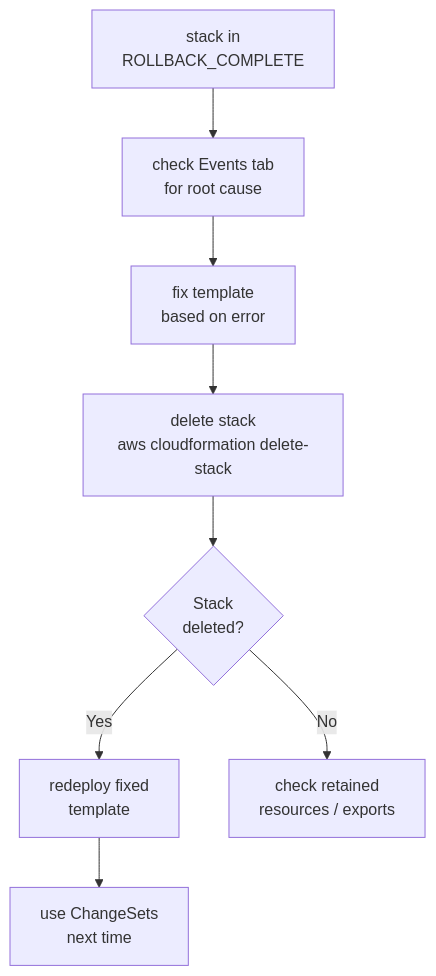
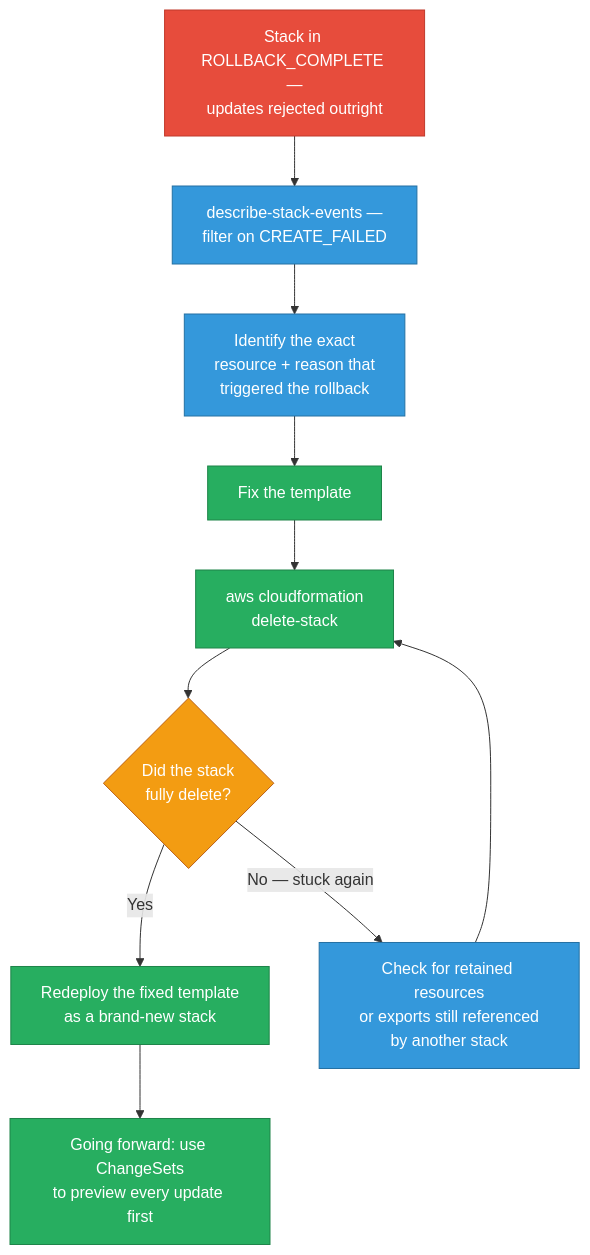
Before and after one commit to deepanshu-rawat6/DevOpsIndex: the eighth of 8 diagrams in sre/iac-scenarios.md, drawn with Mermaid. The commit also changed other lines of this file and 10 other files, not shown here.

````diff
--- a/sre/iac-scenarios.md
+++ b/sre/iac-scenarios.md
@@ -296,10 +518,19 @@
 ```mermaid
 flowchart TD
-    A[stack in<br/>ROLLBACK_COMPLETE] --> B[check Events tab<br/>for root cause]
-    B --> C[fix template<br/>based on error]
-    C --> D[delete stack<br/>aws cloudformation delete-stack]
-    D --> E{Stack<br/>deleted?}
-    E -- Yes --> F[redeploy fixed<br/>template]
-    E -- No --> G[check retained<br/>resources / exports]
-    F --> H[use ChangeSets<br/>next time]
+    classDef err fill:#e74c3c,stroke:#c0392b,color:#fff
+    classDef decision fill:#f39c12,stroke:#ba6018,color:#fff
+    classDef fix fill:#27ae60,stroke:#1e8449,color:#fff
+    classDef verify fill:#3498db,stroke:#2471a3,color:#fff
+
+    STUCK["Stack in ROLLBACK_COMPLETE —<br/>updates rejected outright"]:::err --> EVENTS["describe-stack-events —<br/>filter on CREATE_FAILED"]:::verify
+    EVENTS --> ROOTCAUSE["Identify the exact<br/>resource + reason that<br/>triggered the rollback"]:::verify
+    ROOTCAUSE --> FIXTPL["Fix the template"]:::fix
+    FIXTPL --> DELETE["aws cloudformation<br/>delete-stack"]:::fix
+    DELETE --> GONE{"Did the stack<br/>fully delete?"}:::decision
+
+    GONE -->|Yes| REDEPLOY["Redeploy the fixed template<br/>as a brand-new stack"]:::fix
+    GONE -->|"No — stuck again"| RETAINED["Check for retained resources<br/>or exports still referenced<br/>by another stack"]:::verify
+    RETAINED --> DELETE
+
+    REDEPLOY --> CHANGESETS["Going forward: use ChangeSets<br/>to preview every update first"]:::fix
 ```
````
